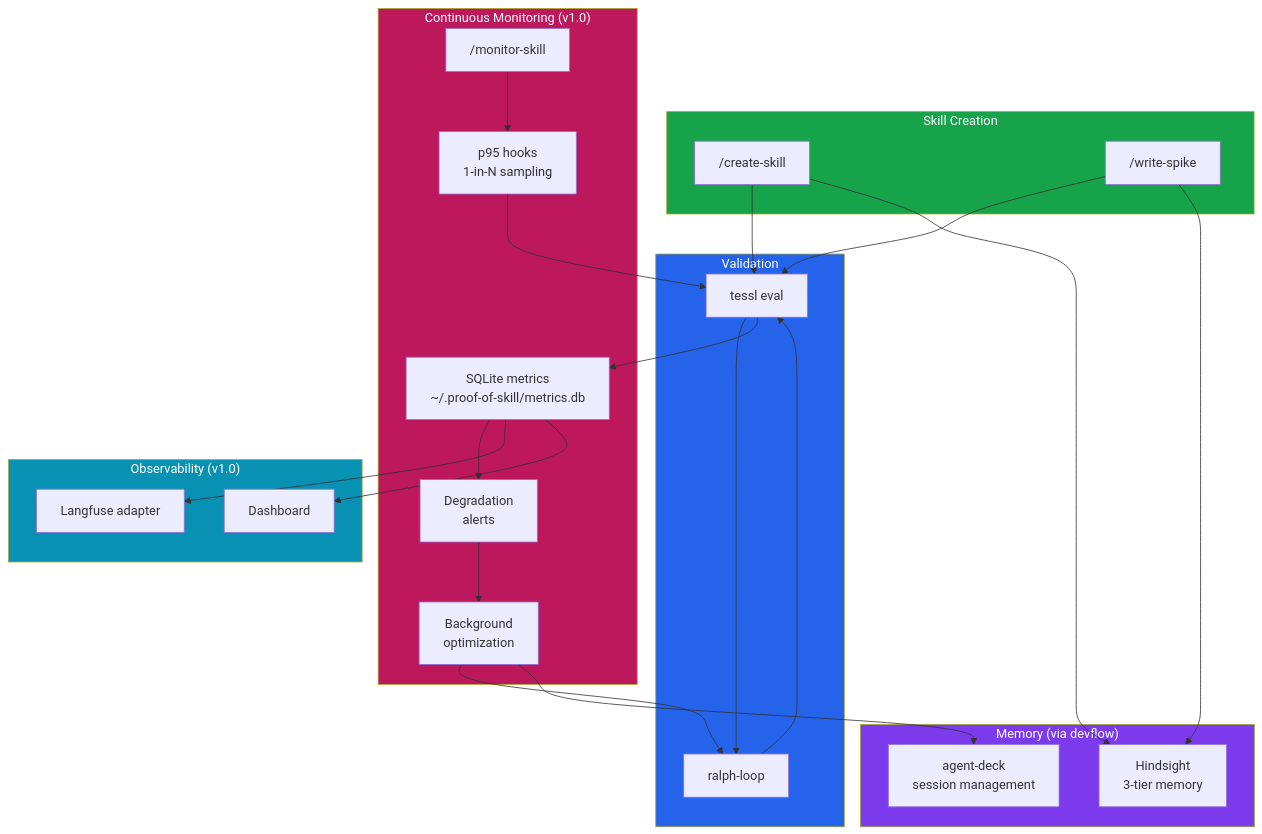
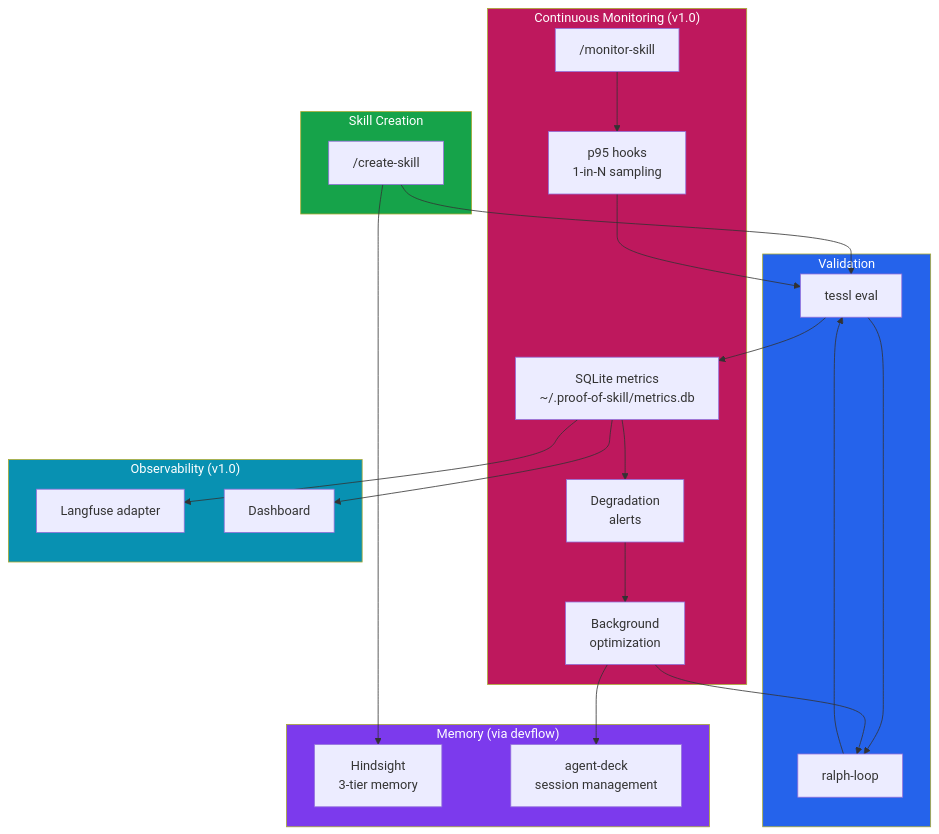
The fourth of 4 diagrams in README.md (AndreJorgeLopes/proof-of-skill), drawn with Mermaid before and after one commit. The commit also changed other lines of this file and 10 other files, not shown here.

First line of the commit message:
remove write-spike: ships only from devflow now

````diff
--- a/README.md
+++ b/README.md
@@ -374,53 +334,50 @@
 ```mermaid
 graph TD
     subgraph CREATE ["Skill Creation"]
         CS["/create-skill"]
-        WS["/write-spike"]
     end
 
     subgraph VALIDATE ["Validation"]
         TE["tessl eval"]
         RL["ralph-loop"]
     end
 
     subgraph MEMORY ["Memory (via devflow)"]
         HS["Hindsight\n3-tier memory"]
         AD["agent-deck\nsession management"]
     end
 
     subgraph MONITOR ["Continuous Monitoring (v1.0)"]
         MS["/monitor-skill"]
         P95["p95 hooks\n1-in-N sampling"]
         DB["SQLite metrics\n~/.proof-of-skill/metrics.db"]
         ALERT["Degradation\nalerts"]
         OPT["Background\noptimization"]
     end
 
     subgraph OBSERVE ["Observability (v1.0)"]
         LF["Langfuse adapter"]
         DASH["Dashboard"]
     end
 
     CS --> TE
-    WS --> TE
     CS --> HS
-    WS --> HS
     TE --> RL
     RL --> TE
 
     MS --> P95
     P95 --> TE
     TE --> DB
     DB --> ALERT
     ALERT --> OPT
     OPT --> RL
     OPT --> AD
     DB --> LF
     DB --> DASH
 
     style CREATE fill:#16a34a,color:#fff
     style VALIDATE fill:#2563eb,color:#fff
     style MEMORY fill:#7c3aed,color:#fff
     style MONITOR fill:#be185d,color:#fff
     style OBSERVE fill:#0891b2,color:#fff
 ```
````
